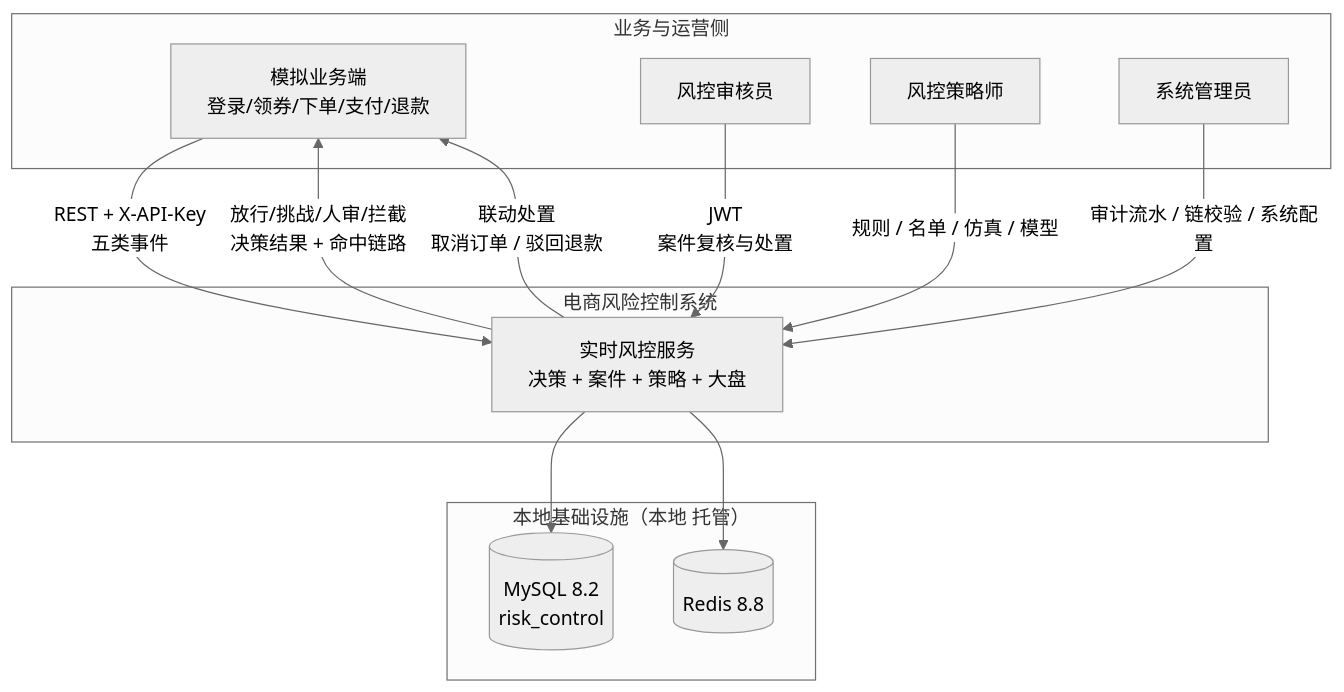
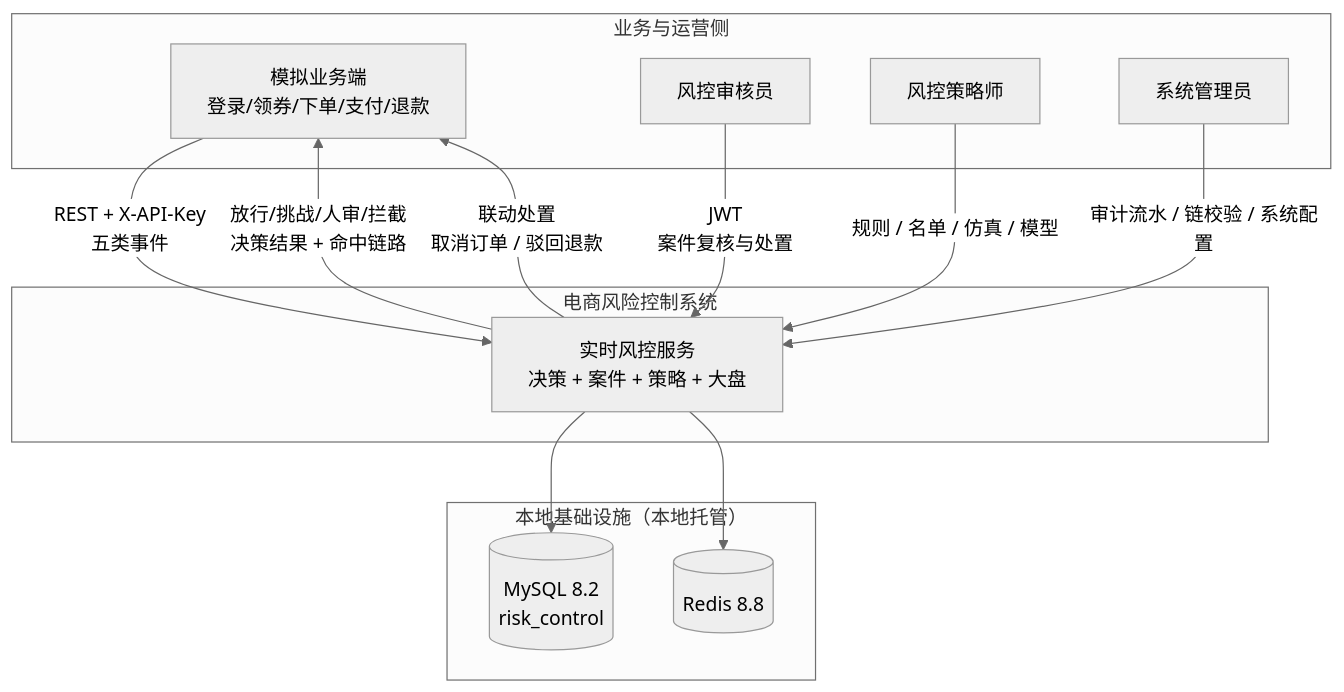
The second of 13 diagrams in docs/ARCHITECTURE.md (of53052/commerce-risk-control-system), drawn with Mermaid (neutral theme) before and after one commit. The commit also changed other lines of this file and 1 other file, not shown here.

Commit message:
docs: 规整文字替换残留（本地 托管→本地托管 / 自 本地→自本地 / 本地 启动→本地启动）

````diff
--- a/docs/ARCHITECTURE.md
+++ b/docs/ARCHITECTURE.md
@@ -100,29 +100,29 @@
 ```mermaid
 flowchart TB
   subgraph actors["业务与运营侧"]
     BIZ["模拟业务端<br/>登录/领券/下单/支付/退款"]
     AUD["风控审核员"]
     STR["风控策略师"]
     ADM["系统管理员"]
   end
 
   subgraph system["电商风险控制系统"]
     RC["实时风控服务<br/>决策 + 案件 + 策略 + 大盘"]
   end
 
-  subgraph infra["本地基础设施（本地 托管）"]
+  subgraph infra["本地基础设施（本地托管）"]
     DB[("MySQL 8.2<br/>risk_control")]
     RDS[("Redis 8.8")]
   end
 
   BIZ -->|"REST + X-API-Key<br/>五类事件"| RC
   RC -->|"放行/挑战/人审/拦截<br/>决策结果 + 命中链路"| BIZ
   RC -->|"联动处置<br/>取消订单 / 驳回退款"| BIZ
 
   AUD -->|"JWT<br/>案件复核与处置"| RC
   STR -->|"规则 / 名单 / 仿真 / 模型"| RC
   ADM -->|"审计流水 / 链校验 / 系统配置"| RC
 
   RC --> DB
   RC --> RDS
 ```
````
